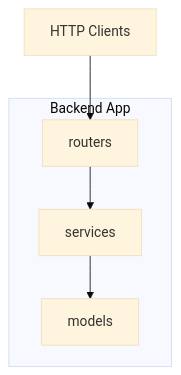
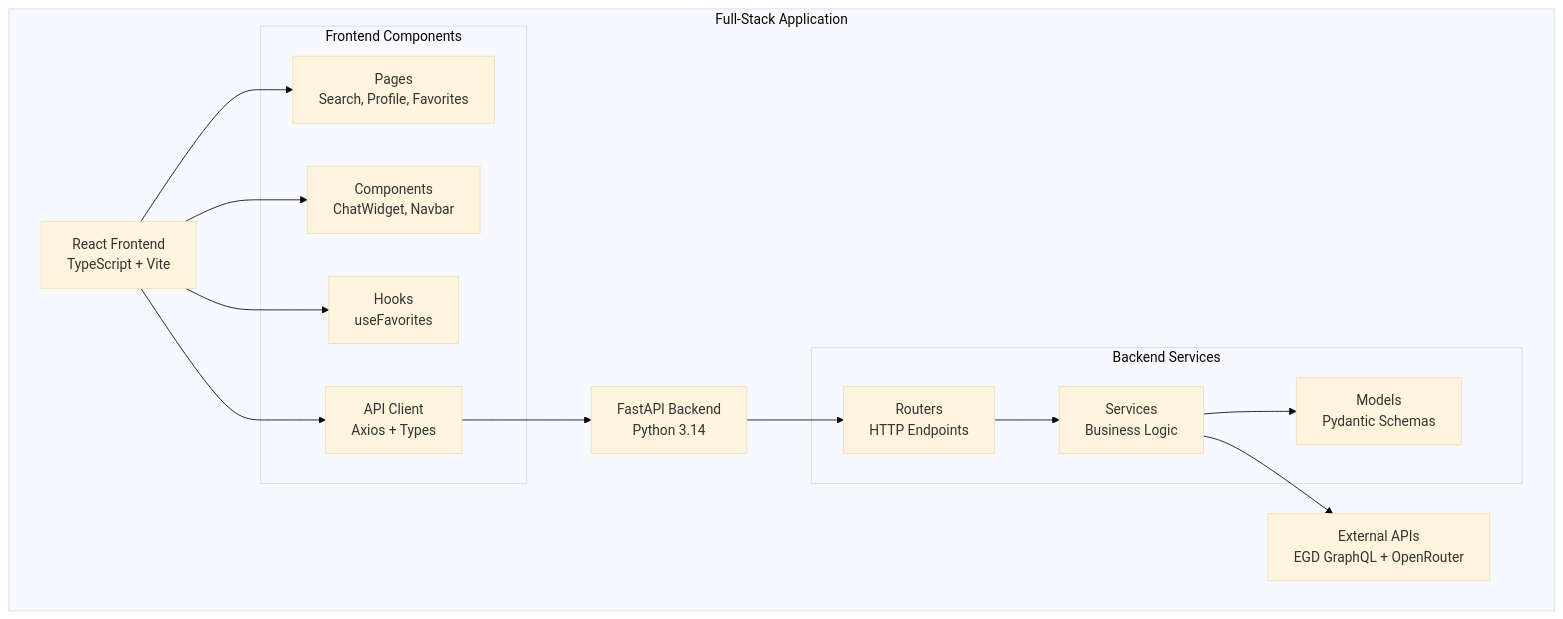
The first of 3 diagrams in .qoder/repowiki/en/content/Project Overview.md (Ragnar1999/GoNow), drawn with Mermaid (base theme) before and after one commit. The commit also changed other lines of this file and 6 other files, not shown here.

````diff
--- a/.qoder/repowiki/en/content/Project Overview.md
+++ b/.qoder/repowiki/en/content/Project Overview.md
@@ -39,11 +62,28 @@
 ```mermaid
 graph TB
-subgraph "Backend App"
-Routers["routers"]
-Services["services"]
-Models["models"]
+subgraph "Full-Stack Application"
+Frontend["React Frontend<br/>TypeScript + Vite"]
+Backend["FastAPI Backend<br/>Python 3.14"]
+subgraph "Frontend Components"
+Pages["Pages<br/>Search, Profile, Favorites"]
+Components["Components<br/>ChatWidget, Navbar"]
+Hooks["Hooks<br/>useFavorites"]
+API["API Client<br/>Axios + Types"]
 end
-Client["HTTP Clients"] --> Routers
+subgraph "Backend Services"
+Routers["Routers<br/>HTTP Endpoints"]
+Services["Services<br/>Business Logic"]
+Models["Models<br/>Pydantic Schemas"]
+end
+External["External APIs<br/>EGD GraphQL + OpenRouter"]
+end
+Frontend --> Pages
+Frontend --> Components
+Frontend --> Hooks
+Frontend --> API
+API --> Backend
+Backend --> Routers
 Routers --> Services
 Services --> Models
+Services --> External
 ```
````
